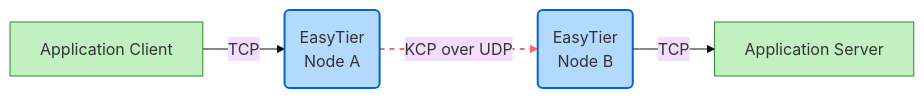
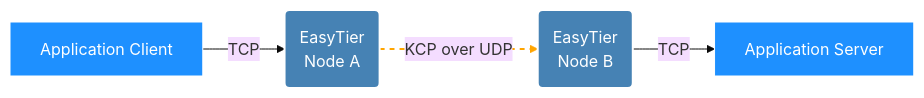
The diagram in en/guide/network/kcp-proxy.md (EasyTier/easytier.github.io), drawn with Mermaid (base theme) before and after one commit. The commit also changed other lines of this file and 36 other files, not shown here.

````diff
--- a/en/guide/network/kcp-proxy.md
+++ b/en/guide/network/kcp-proxy.md
@@ -7,17 +11,17 @@
 ```mermaid
 graph LR
-    A[Application Client] -->|TCP| B(EasyTier</br>Node A)
-    B -->|KCP over UDP| C(EasyTier</br>Node B)
+    A[Application Client] -->|TCP| B(EasyTier<br/>Node A)
+    B -->|KCP over UDP| C(EasyTier<br/>Node B)
     C -->|TCP| D[Application Server]
 
-    classDef endpoint fill:#c1f0c1,stroke:#2d882d
-    classDef easy fill:#b3d9ff,stroke:#0066cc
-    classDef transport stroke:#ff6666,stroke-width:2px
+    classDef endpoint fill:#1e90ff,stroke:#ffffff,color:#ffffff
+    classDef easy fill:#4682b4,stroke:#ffffff,color:#ffffff
+    classDef transport stroke:#ffa500,stroke-width:2px
 
     class A,D endpoint
     class B,C easy
-    linkStyle 1 stroke:#ff6666,stroke-width:2px,stroke-dasharray:5 5
+    linkStyle 1 stroke:#ffa500,stroke-width:2px,stroke-dasharray:5 5
 
     style B stroke-width:2px
     style C stroke-width:2px
 ```
````
